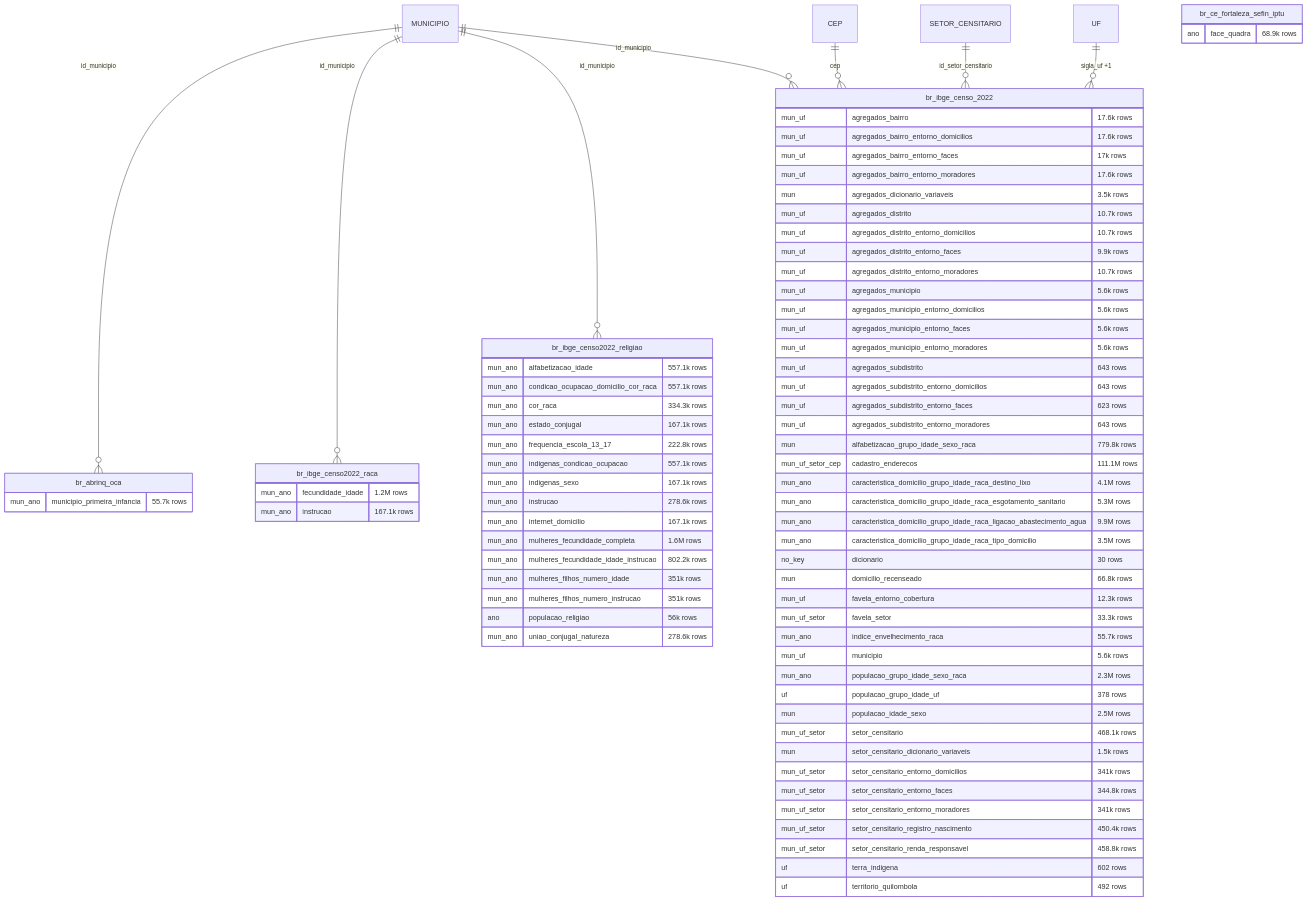
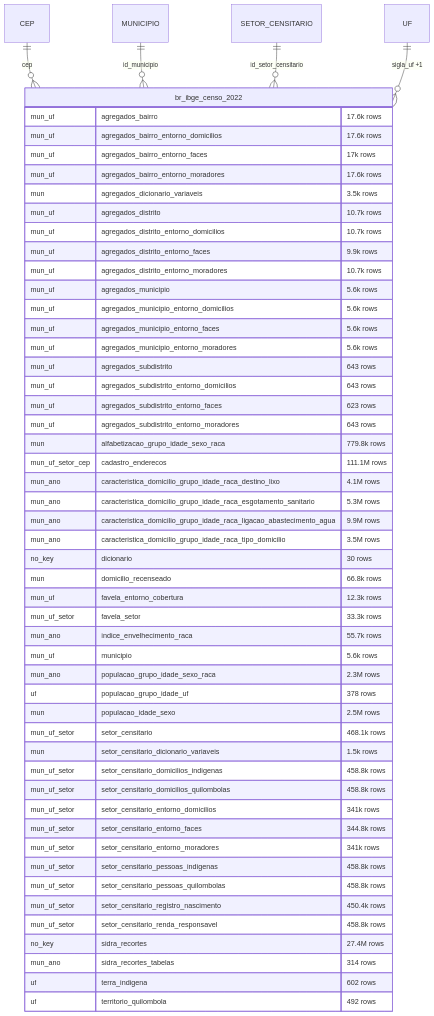
Diagram 25 of 31 in docs/mapa/ERD_EN.md (rafapolo/rodado), drawn with Mermaid before and after one commit. The commit also changed other lines of this file and 9 other files, not shown here.

Commit message:
chore: regenera catálogo, chaves e atlas com caged do mte, dívida ativa por trimestre e recortes do censo

````diff
--- a/docs/mapa/ERD_EN.md
+++ b/docs/mapa/ERD_EN.md
@@ -2188,80 +2226,56 @@
 ```mermaid
 erDiagram
-    MUNICIPIO ||--o{ br_abrinq_oca : "id_municipio"
-    MUNICIPIO ||--o{ br_ibge_censo2022_raca : "id_municipio"
-    MUNICIPIO ||--o{ br_ibge_censo2022_religiao : "id_municipio"
     CEP ||--o{ br_ibge_censo_2022 : "cep"
     MUNICIPIO ||--o{ br_ibge_censo_2022 : "id_municipio"
     SETOR_CENSITARIO ||--o{ br_ibge_censo_2022 : "id_setor_censitario"
     UF ||--o{ br_ibge_censo_2022 : "sigla_uf +1"
-    br_abrinq_oca {
-        mun_ano municipio_primeira_infancia "55.7k rows"
-    }
-    br_ce_fortaleza_sefin_iptu {
-        ano face_quadra "68.9k rows"
-    }
-    br_ibge_censo2022_raca {
-        mun_ano fecundidade_idade "1.2M rows"
-        mun_ano instrucao "167.1k rows"
-    }
-    br_ibge_censo2022_religiao {
-        mun_ano alfabetizacao_idade "557.1k rows"
-        mun_ano condicao_ocupacao_domicilio_cor_raca "557.1k rows"
-        mun_ano cor_raca "334.3k rows"
-        mun_ano estado_conjugal "167.1k rows"
-        mun_ano frequencia_escola_13_17 "222.8k rows"
-        mun_ano indigenas_condicao_ocupacao "557.1k rows"
-        mun_ano indigenas_sexo "167.1k rows"
-        mun_ano instrucao "278.6k rows"
-        mun_ano internet_domicilio "167.1k rows"
-        mun_ano mulheres_fecundidade_completa "1.6M rows"
-        mun_ano mulheres_fecundidade_idade_instrucao "802.2k rows"
-        mun_ano mulheres_filhos_numero_idade "351k rows"
-        mun_ano mulheres_filhos_numero_instrucao "351k rows"
-        ano populacao_religiao "56k rows"
-        mun_ano uniao_conjugal_natureza "278.6k rows"
-    }
     br_ibge_censo_2022 {
         mun_uf agregados_bairro "17.6k rows"
         mun_uf agregados_bairro_entorno_domicilios "17.6k rows"
         mun_uf agregados_bairro_entorno_faces "17k rows"
         mun_uf agregados_bairro_entorno_moradores "17.6k rows"
         mun agregados_dicionario_variaveis "3.5k rows"
         mun_uf agregados_distrito "10.7k rows"
         mun_uf agregados_distrito_entorno_domicilios "10.7k rows"
         mun_uf agregados_distrito_entorno_faces "9.9k rows"
         mun_uf agregados_distrito_entorno_moradores "10.7k rows"
         mun_uf agregados_municipio "5.6k rows"
         mun_uf agregados_municipio_entorno_domicilios "5.6k rows"
         mun_uf agregados_municipio_entorno_faces "5.6k rows"
         mun_uf agregados_municipio_entorno_moradores "5.6k rows"
         mun_uf agregados_subdistrito "643 rows"
         mun_uf agregados_subdistrito_entorno_domicilios "643 rows"
         mun_uf agregados_subdistrito_entorno_faces "623 rows"
         mun_uf agregados_subdistrito_entorno_moradores "643 rows"
         mun alfabetizacao_grupo_idade_sexo_raca "779.8k rows"
         mun_uf_setor_cep cadastro_enderecos "111.1M rows"
         mun_ano caracteristica_domicilio_grupo_idade_raca_destino_lixo "4.1M rows"
         mun_ano caracteristica_domicilio_grupo_idade_raca_esgotamento_sanitario "5.3M rows"
         mun_ano caracteristica_domicilio_grupo_idade_raca_ligacao_abastecimento_agua "9.9M rows"
         mun_ano caracteristica_domicilio_grupo_idade_raca_tipo_domicilio "3.5M rows"
         no_key dicionario "30 rows"
         mun domicilio_recenseado "66.8k rows"
         mun_uf favela_entorno_cobertura "12.3k rows"
         mun_uf_setor favela_setor "33.3k rows"
         mun_ano indice_envelhecimento_raca "55.7k rows"
         mun_uf municipio "5.6k rows"
         mun_ano populacao_grupo_idade_sexo_raca "2.3M rows"
         uf populacao_grupo_idade_uf "378 rows"
         mun populacao_idade_sexo "2.5M rows"
         mun_uf_setor setor_censitario "468.1k rows"
         mun setor_censitario_dicionario_variaveis "1.5k rows"
+        mun_uf_setor setor_censitario_domicilios_indigenas "458.8k rows"
+        mun_uf_setor setor_censitario_domicilios_quilombolas "458.8k rows"
         mun_uf_setor setor_censitario_entorno_domicilios "341k rows"
         mun_uf_setor setor_censitario_entorno_faces "344.8k rows"
         mun_uf_setor setor_censitario_entorno_moradores "341k rows"
+        mun_uf_setor setor_censitario_pessoas_indigenas "458.8k rows"
+        mun_uf_setor setor_censitario_pessoas_quilombolas "458.8k rows"
         mun_uf_setor setor_censitario_registro_nascimento "450.4k rows"
         mun_uf_setor setor_censitario_renda_responsavel "458.8k rows"
+        no_key sidra_recortes "27.4M rows"
+        mun_ano sidra_recortes_tabelas "314 rows"
         uf terra_indigena "602 rows"
         uf territorio_quilombola "492 rows"
     }
 ```
````
